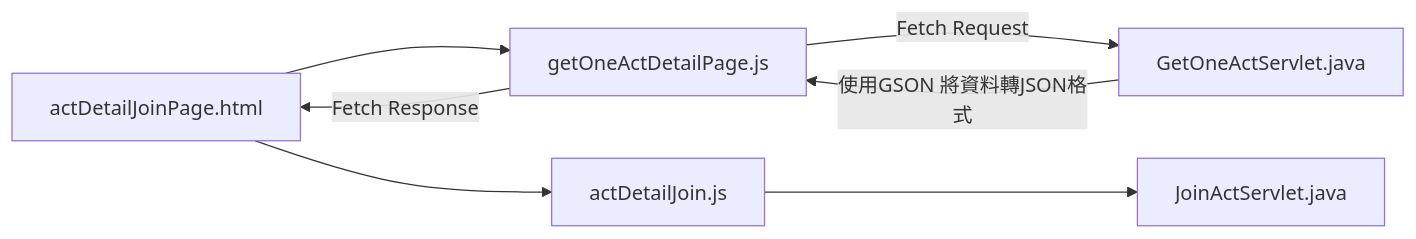
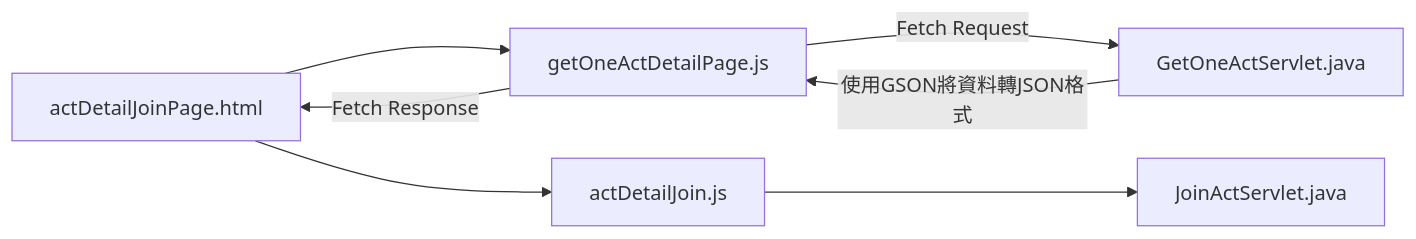
The fourth of 5 diagrams in README.md (TLexYuW/CGA103G1OwnPart), drawn with Mermaid before and after one commit. The commit also changed other lines of this file, not shown here.

Commit message:
LexVaultBackup: 2022-09-10 00:21:14
Affected files:
README.md

````diff
--- a/README.md
+++ b/README.md
@@ -62,6 +62,6 @@
 ```mermaid
 flowchart LR
 	aDJP[actDetailJoinPage.html ] --> gOADP[getOneActDetailPage.js] -->|Fetch Request| GOAS[GetOneActServlet.java]
-	GOAS -->|使用GSON 將資料轉JSON格式| gOADP -->|Fetch Response| aDJP
+	GOAS -->|使用GSON將資料轉JSON格式| gOADP -->|Fetch Response| aDJP
 	aDJP[actDetailJoinPage.html ] --> aDJ[actDetailJoin.js] --> JAS[JoinActServlet.java]
 ``` 
````
